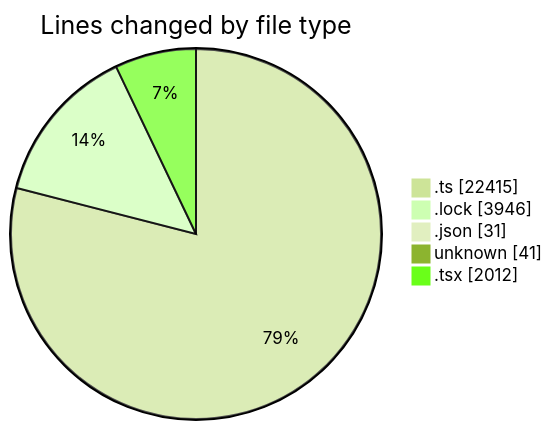
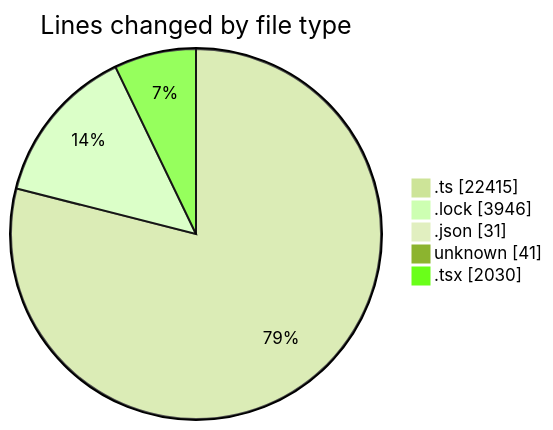
Before and after one commit to momahboobian/code-tracking: the first of 2 diagrams in 2025-08-19/cda/README.md, drawn with Mermaid (forest theme). The commit also changed other lines of this file and 1 other file, not shown here.

````diff
--- a/2025-08-19/cda/README.md
+++ b/2025-08-19/cda/README.md
@@ -45,9 +45,9 @@
 ```mermaid
 pie showData
 title Lines changed by file type
 ".ts" : 22415
 ".lock" : 3946
 ".json" : 31
 "unknown" : 41
-".tsx" : 2012
+".tsx" : 2030
 ```
````
